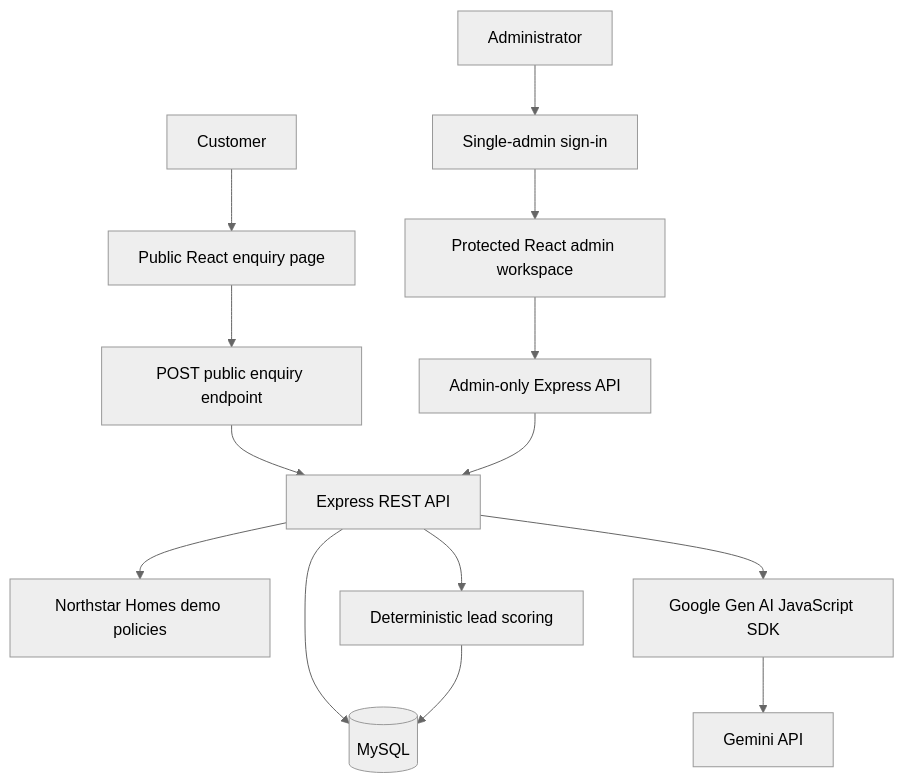
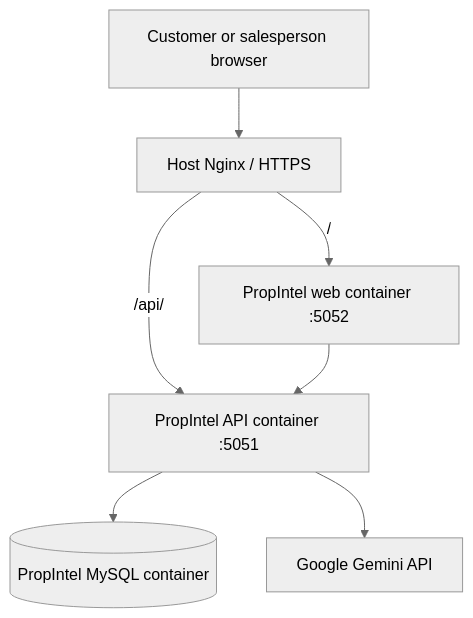
Before and after one commit to keerthivasan91/PropIntel: the diagram in README.md, drawn with Mermaid (neutral theme). The commit also changed other lines of this file, not shown here.

Commit message:
Document live demo, evaluator access, features, architecture and setup

````diff
--- a/README.md
+++ b/README.md
@@ -24,16 +54,9 @@
 ```mermaid
 flowchart TD
-    C[Customer] --> PUBLIC[Public React enquiry page]
-    PUBLIC --> INTAKE[POST public enquiry endpoint]
-    A[Administrator] --> LOGIN[Single-admin sign-in]
-    LOGIN --> ADMIN[Protected React admin workspace]
-    ADMIN --> PROTECTED[Admin-only Express API]
-    INTAKE --> API[Express REST API]
-    PROTECTED --> API
-    API --> DB[(MySQL)]
-    API --> POLICY[Northstar Homes demo policies]
-    API --> SDK[Google Gen AI JavaScript SDK]
-    SDK --> GEMINI[Gemini API]
-    API --> SCORE[Deterministic lead scoring]
-    SCORE --> DB
+    VISITOR[Customer or salesperson browser] --> TLS[Host Nginx / HTTPS]
+    TLS -->|/| WEB[PropIntel web container :5052]
+    TLS -->|/api/| API[PropIntel API container :5051]
+    WEB --> API
+    API --> DB[(PropIntel MySQL container)]
+    API --> GEMINI[Google Gemini API]
 ```
````
